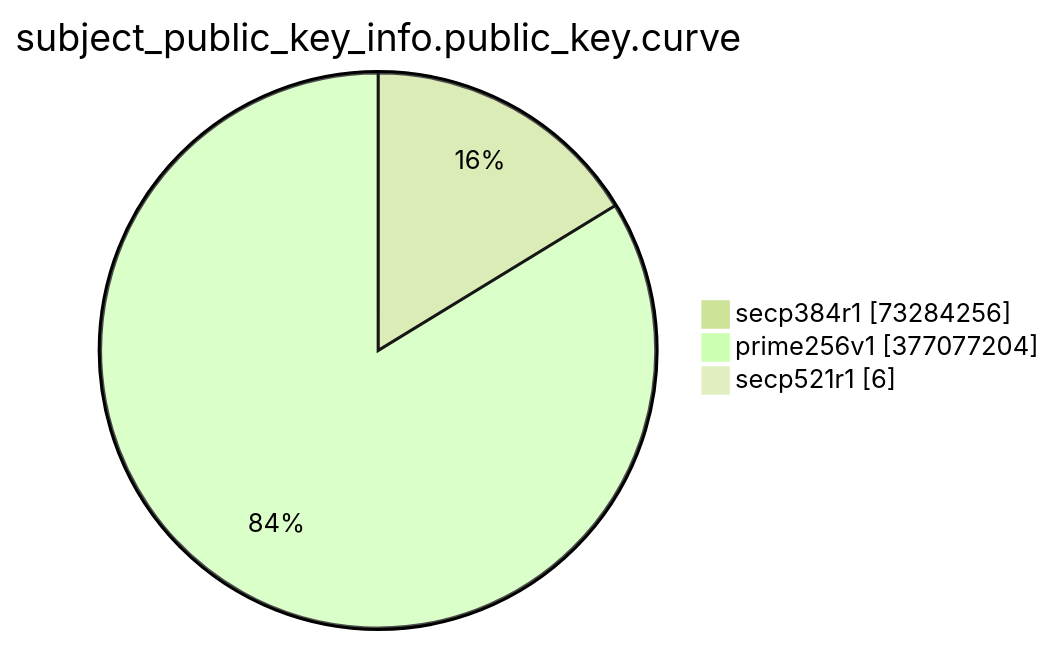
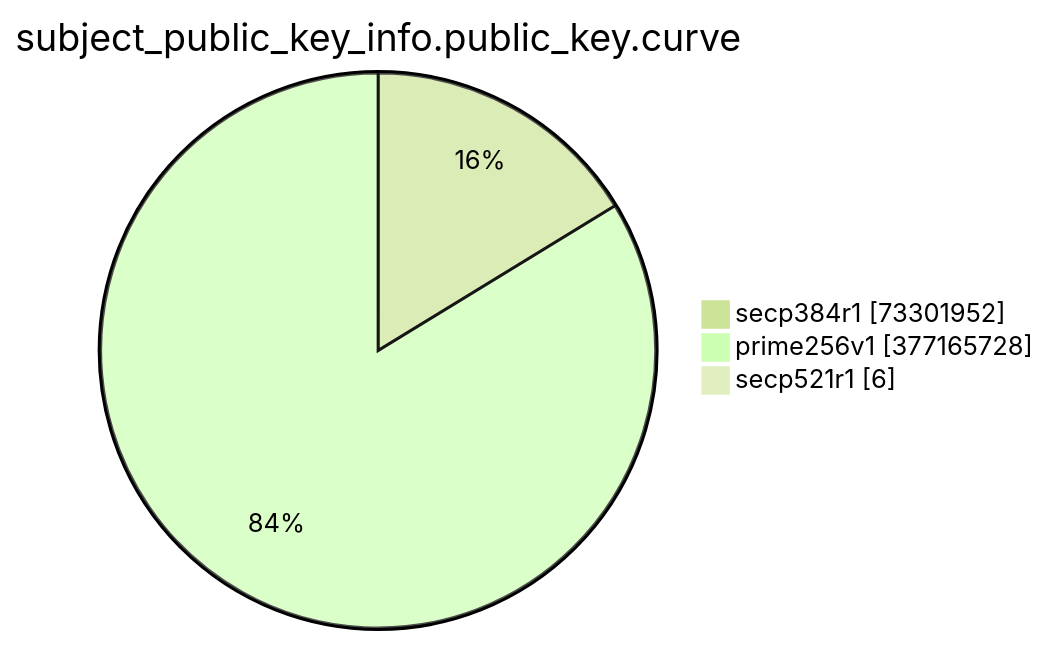
One commit to christiankrug/ctmonitor_visualization changed the eighth of 15 diagrams in TOTAL/README.md. Above: the diagram before and after it, drawn with Mermaid (forest theme). The commit also changed other lines of this file, not shown here.

````diff
--- a/TOTAL/README.md
+++ b/TOTAL/README.md
@@ -3094,7 +3094,7 @@
 ```mermaid
 pie showData
 title subject_public_key_info.public_key.curve
-"secp384r1" :73284256
-"prime256v1" :377077204
+"secp384r1" :73301952
+"prime256v1" :377165728
 "secp521r1" :6
 ```
````
